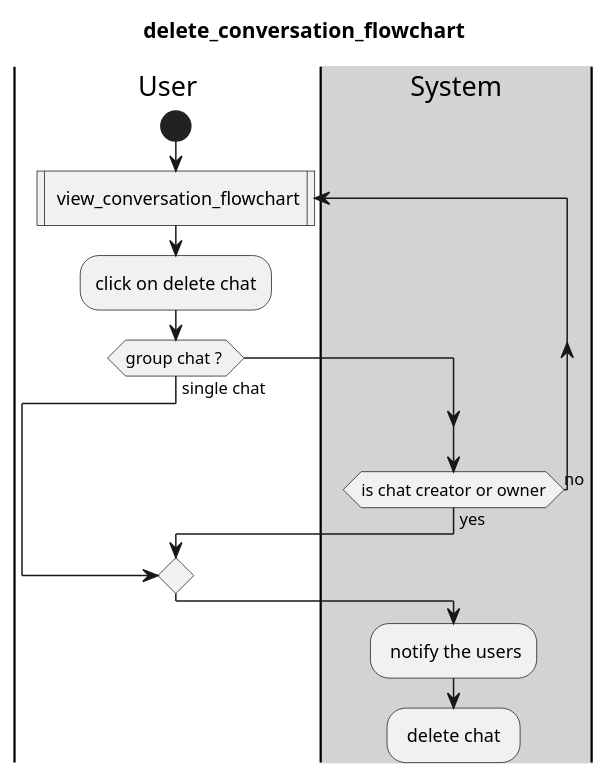
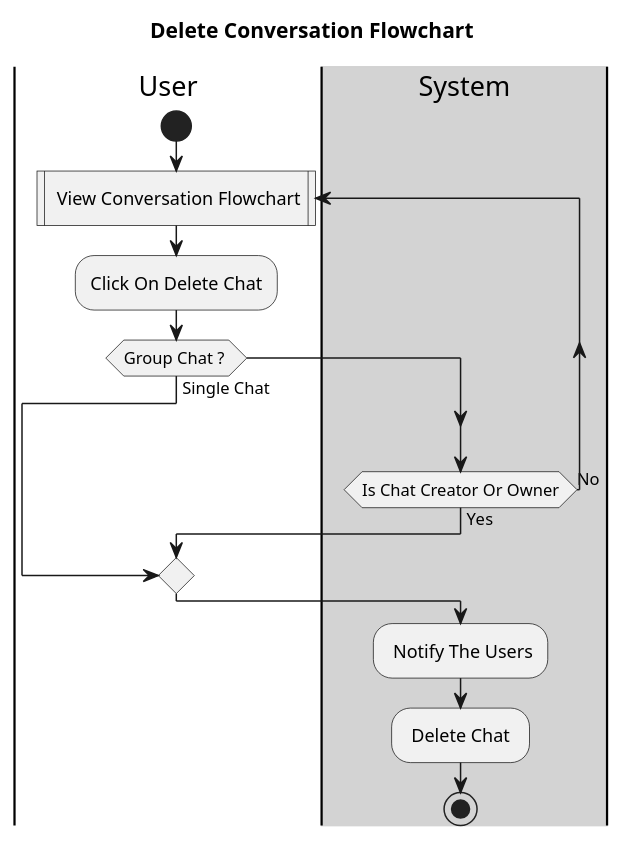
The diagram in Diagram/flowchart/communication/delete_conversation_flowchart.wsd (KTPx4/Social_Media), drawn with PlantUML before and after one commit. The commit also changed other lines of this file and 10 other files, not shown here.

Commit message:
PHuc | change flowchart

```diff
--- a/Diagram/flowchart/communication/delete_conversation_flowchart.wsd
+++ b/Diagram/flowchart/communication/delete_conversation_flowchart.wsd
@@ -3,14 +1,15 @@
 @startuml 
-title delete_conversation_flowchart
+title Delete Conversation Flowchart
 |User|
 start  
-repeat: view_conversation_flowchart| 
-:click on delete chat;
-if(group chat ? ) then (single chat)
+repeat: View Conversation Flowchart| 
+:Click On Delete Chat;
+if(Group Chat ? ) then (Single Chat)
 break   
 endif
 |#lightgray|System|
-repeat while(is chat creator or owner) is (no) not (yes)
-: notify the users;
-: delete chat ; 
+repeat while(Is Chat Creator Or Owner) is (No) not (Yes)
+: Notify The Users;
+: Delete Chat ; 
+stop
 @enduml
```
